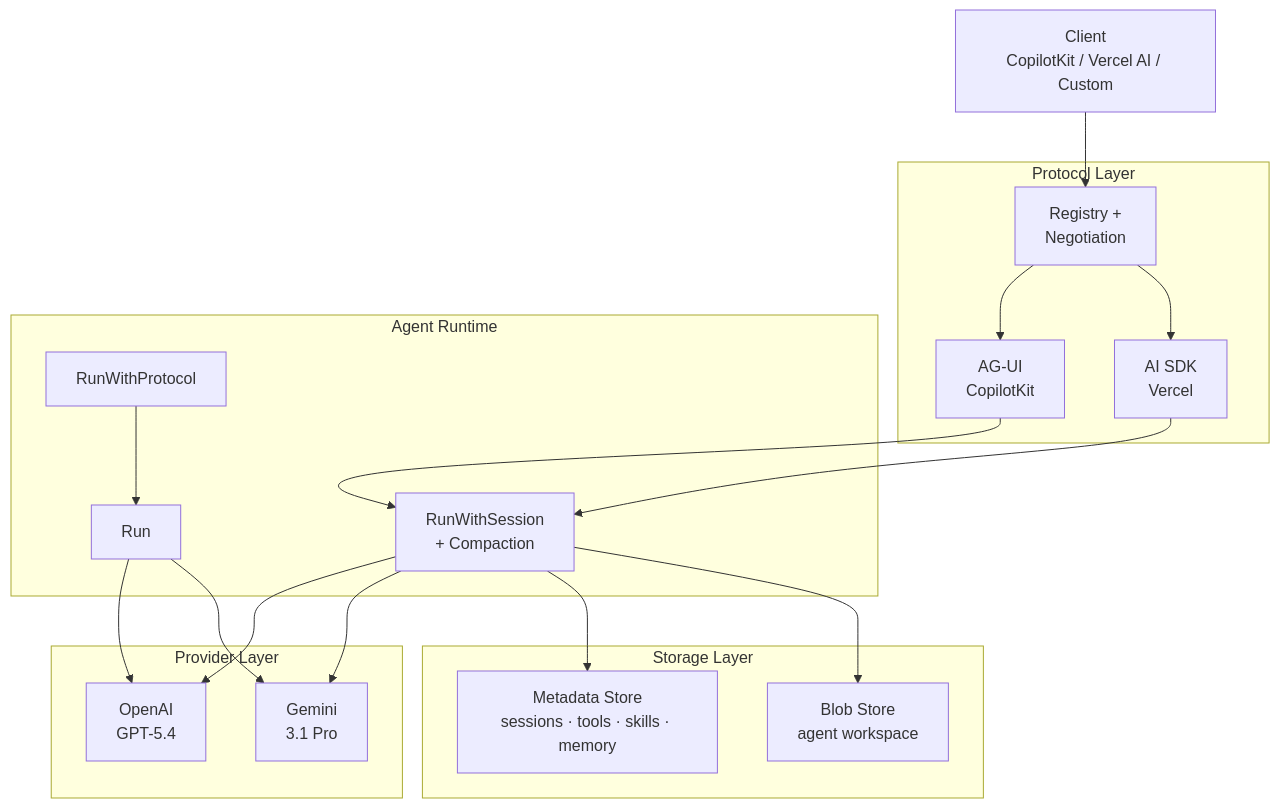
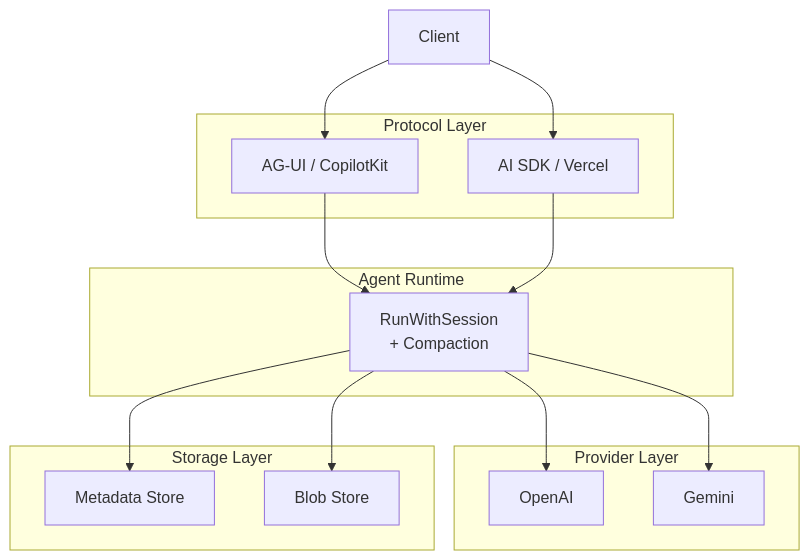
Before and after one commit to ratrektlabs/rakit: the first of 2 diagrams in docs/ARCHITECTURE.md, drawn with Mermaid. The commit also changed other lines of this file and 1 other file, not shown here.

First line of the commit message:
docs: expand README with features, simplify architecture doc

````diff
--- a/docs/ARCHITECTURE.md
+++ b/docs/ARCHITECTURE.md
@@ -5,39 +5,32 @@
 ```mermaid
 graph TB
-    Client[Client<br>CopilotKit / Vercel AI / Custom]
+    Client[Client]
 
     subgraph Protocol Layer
-        AGUI[AG-UI<br>CopilotKit]
-        AISDK[AI SDK<br>Vercel]
-        Reg[Registry +<br>Negotiation]
+        AGUI[AG-UI / CopilotKit]
+        AISDK[AI SDK / Vercel]
     end
 
     subgraph Agent Runtime
-        Run[Run]
-        RWP[RunWithProtocol]
         RWS[RunWithSession<br>+ Compaction]
     end
 
     subgraph Provider Layer
-        OpenAI[OpenAI<br>GPT-5.4]
-        Gemini[Gemini<br>3.1 Pro]
+        OpenAI[OpenAI]
+        Gemini[Gemini]
     end
 
     subgraph Storage Layer
-        Meta[Metadata Store<br>sessions · tools · skills · memory]
-        Blob[Blob Store<br>agent workspace]
+        Meta[Metadata Store]
+        Blob[Blob Store]
     end
 
-    Client --> Reg
-    Reg --> AGUI
-    Reg --> AISDK
+    Client --> AGUI
+    Client --> AISDK
     AGUI --> RWS
     AISDK --> RWS
-    RWP --> Run
-    Run --> OpenAI
-    Run --> Gemini
     RWS --> OpenAI
     RWS --> Gemini
     RWS --> Meta
     RWS --> Blob
 ```
````
